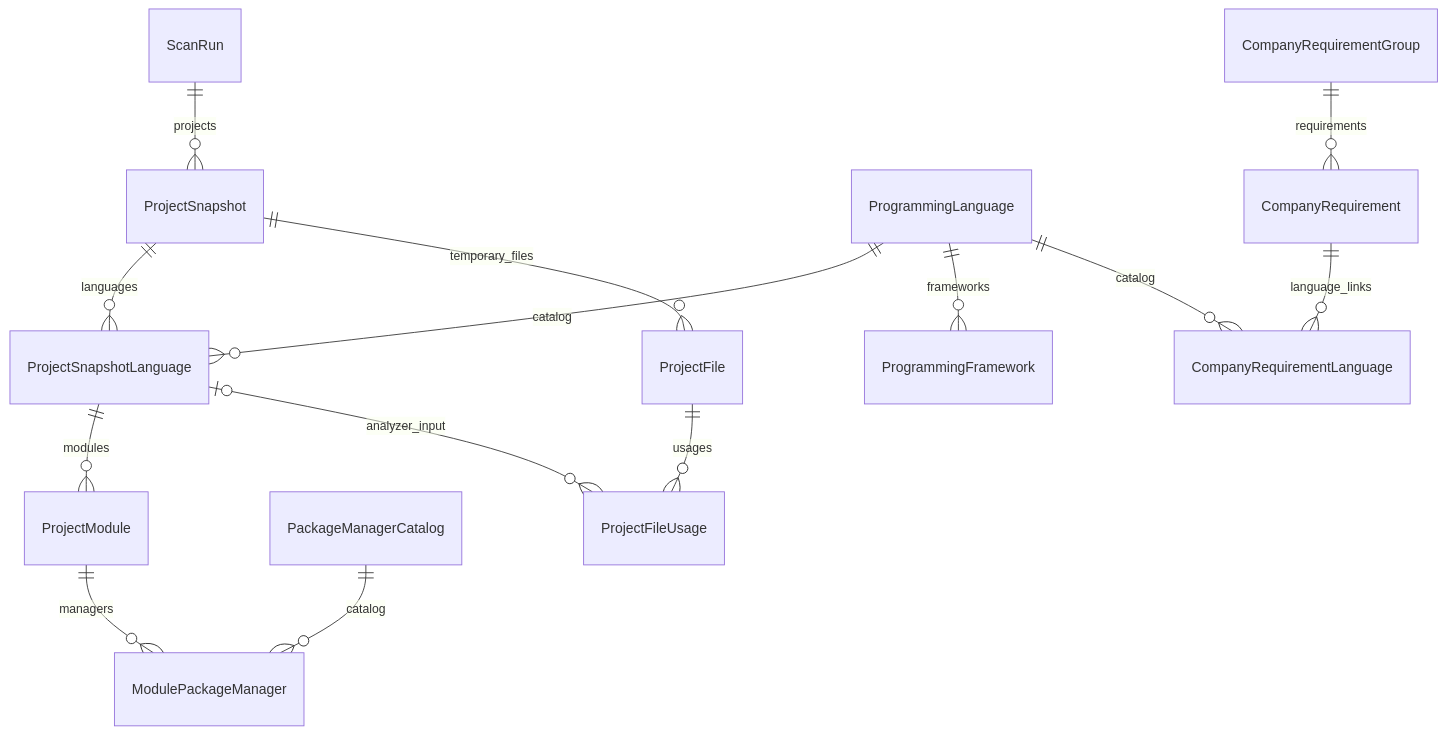
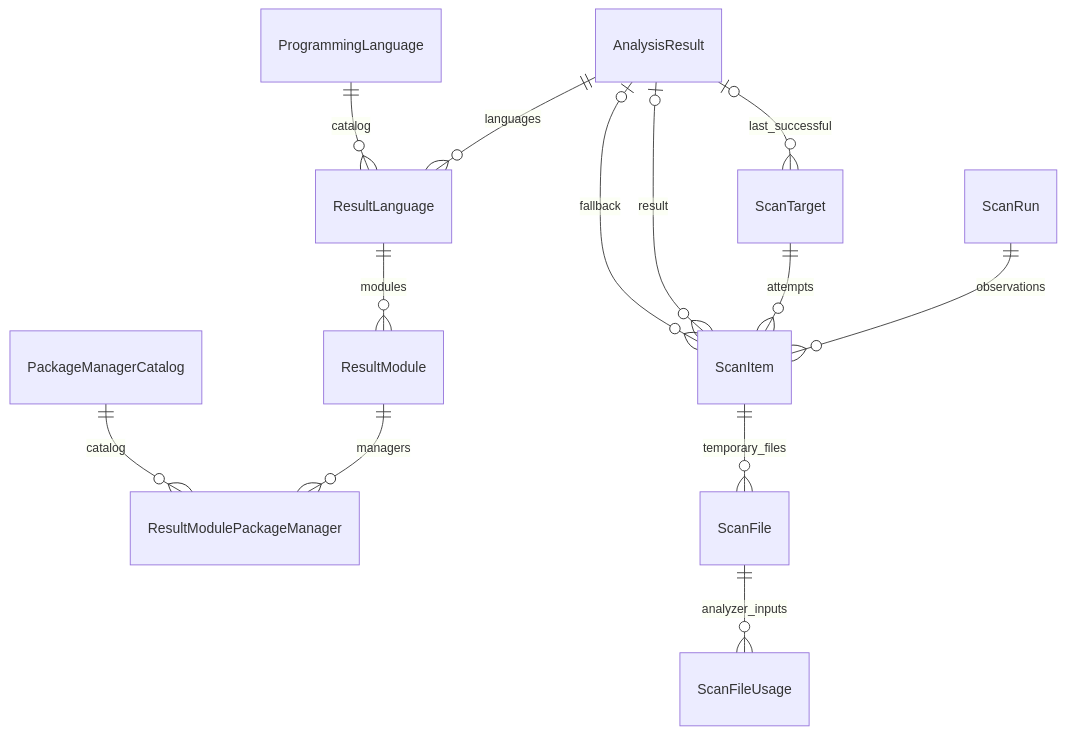
Before and after one commit to valentin-korneev/gitlab-radar: the second of 2 diagrams in docs/architecture.md, drawn with Mermaid. The commit also changed other lines of this file and 14 other files, not shown here.

````diff
--- a/docs/architecture.md
+++ b/docs/architecture.md
@@ -27,16 +27,15 @@
 ```mermaid
 erDiagram
-    ScanRun ||--o{ ProjectSnapshot : projects
-    ProjectSnapshot ||--o{ ProjectSnapshotLanguage : languages
-    ProgrammingLanguage ||--o{ ProjectSnapshotLanguage : catalog
-    ProjectSnapshotLanguage ||--o{ ProjectModule : modules
-    ProjectModule ||--o{ ModulePackageManager : managers
-    PackageManagerCatalog ||--o{ ModulePackageManager : catalog
-    ProjectSnapshot ||--o{ ProjectFile : temporary_files
-    ProjectFile ||--o{ ProjectFileUsage : usages
-    ProjectSnapshotLanguage o|--o{ ProjectFileUsage : analyzer_input
-    ProgrammingLanguage ||--o{ ProgrammingFramework : frameworks
-    CompanyRequirementGroup ||--o{ CompanyRequirement : requirements
-    CompanyRequirement ||--o{ CompanyRequirementLanguage : language_links
-    ProgrammingLanguage ||--o{ CompanyRequirementLanguage : catalog
+    ScanRun ||--o{ ScanItem : observations
+    ScanTarget ||--o{ ScanItem : attempts
+    AnalysisResult o|--o{ ScanItem : result
+    AnalysisResult o|--o{ ScanItem : fallback
+    AnalysisResult o|--o{ ScanTarget : last_successful
+    AnalysisResult ||--o{ ResultLanguage : languages
+    ProgrammingLanguage ||--o{ ResultLanguage : catalog
+    ResultLanguage ||--o{ ResultModule : modules
+    ResultModule ||--o{ ResultModulePackageManager : managers
+    PackageManagerCatalog ||--o{ ResultModulePackageManager : catalog
+    ScanItem ||--o{ ScanFile : temporary_files
+    ScanFile ||--o{ ScanFileUsage : analyzer_inputs
 ```
````
